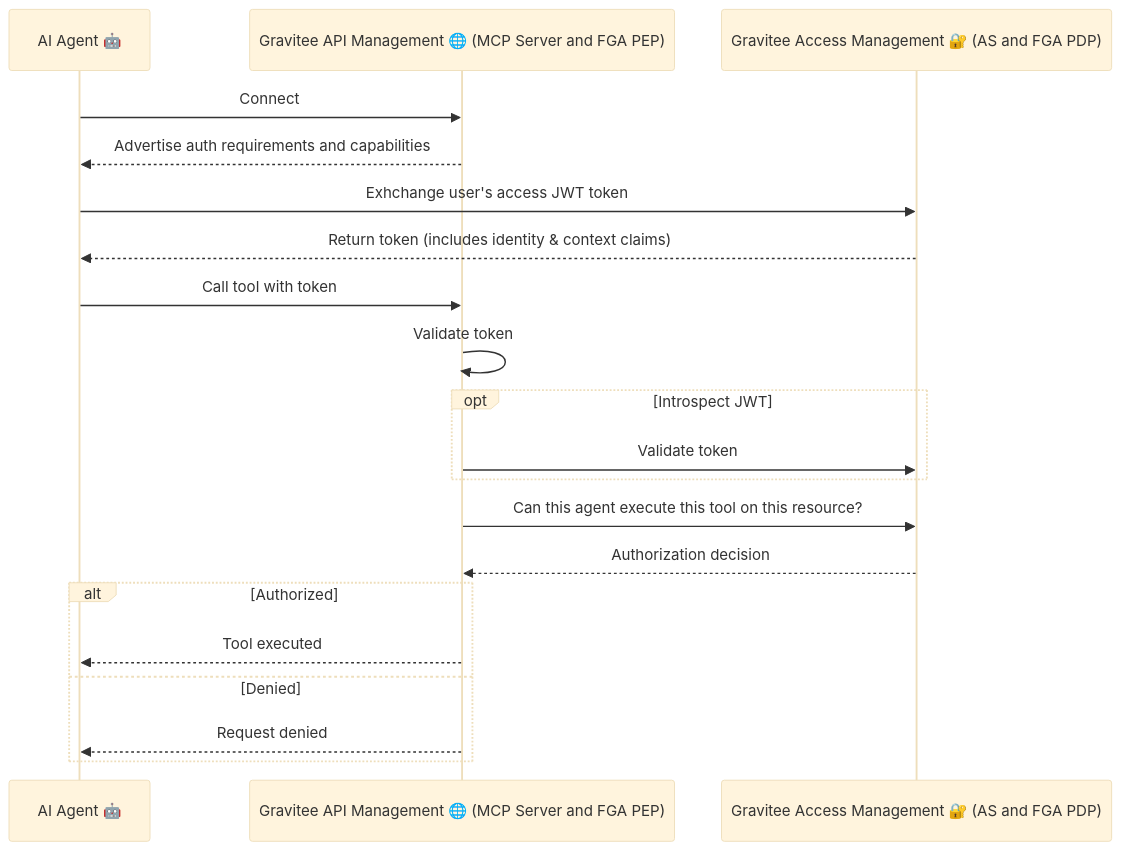
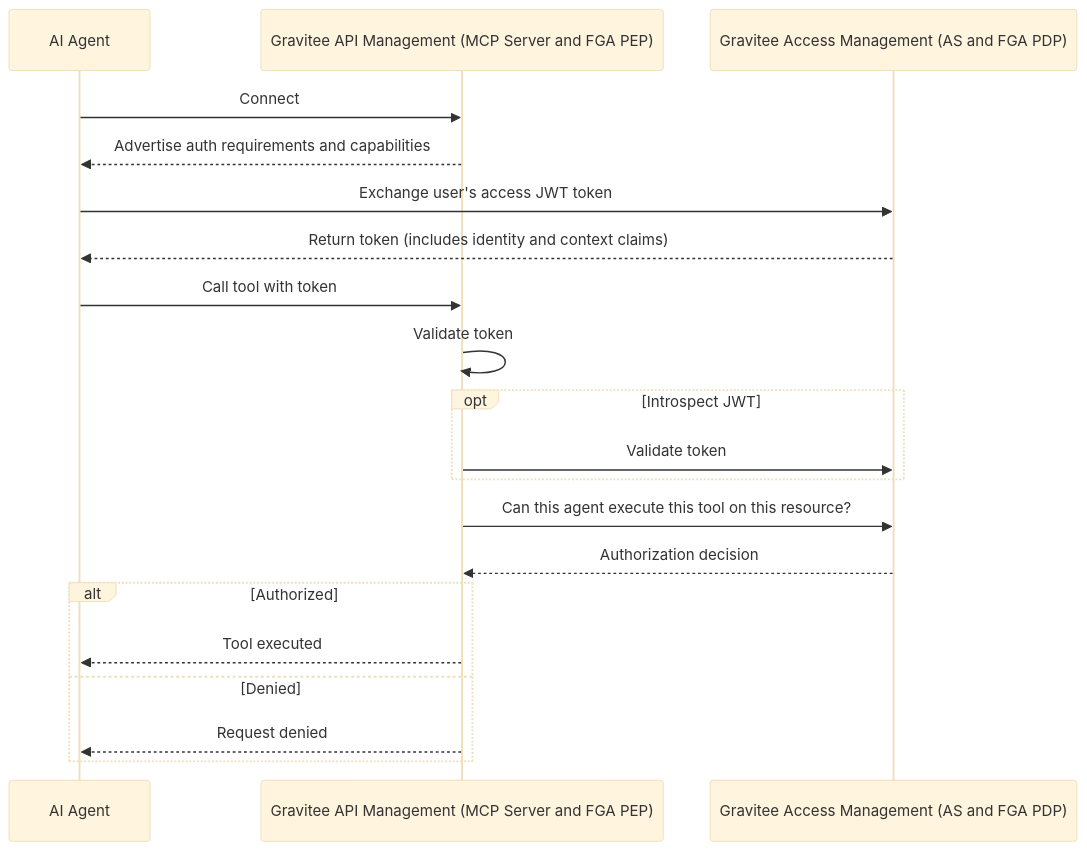
Before and after one commit to gravitee-io-labs/Gravitee-AI-Agent-Workshop: the sixth of 6 diagrams in README.md, drawn with Mermaid (base theme). The commit also changed other lines of this file and 1 other file, not shown here.

````diff
--- a/README.md
+++ b/README.md
@@ -418,28 +430,28 @@
 ```mermaid
 sequenceDiagram
-    participant Agent as AI Agent 🤖
-    participant MCP as Gravitee API Management 🌐 (MCP Server and FGA PEP)
-    participant Auth as Gravitee Access Management 🔐 (AS and FGA PDP)
+    participant Agent as AI Agent
+    participant MCP as Gravitee API Management (MCP Server and FGA PEP)
+    participant Auth as Gravitee Access Management (AS and FGA PDP)
 
     Agent->>MCP: Connect
     MCP-->>Agent: Advertise auth requirements and capabilities
 
-    Agent->>Auth: Exhchange user's access JWT token
-    Auth-->>Agent: Return token (includes identity & context claims)
+    Agent->>Auth: Exchange user's access JWT token
+    Auth-->>Agent: Return token (includes identity and context claims)
 
     Agent->>MCP: Call tool with token
     MCP->>MCP: Validate token
 
     opt Introspect JWT
     MCP->>Auth: Validate token
     end
 
     MCP->>Auth: Can this agent execute this tool on this resource?
     Auth-->>MCP: Authorization decision
 
     alt Authorized
         MCP-->>Agent: Tool executed
     else Denied
         MCP-->>Agent: Request denied
     end
 ```
````
